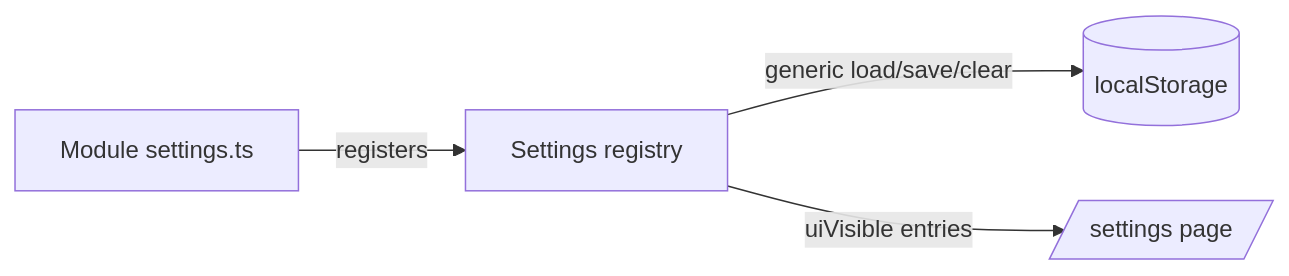
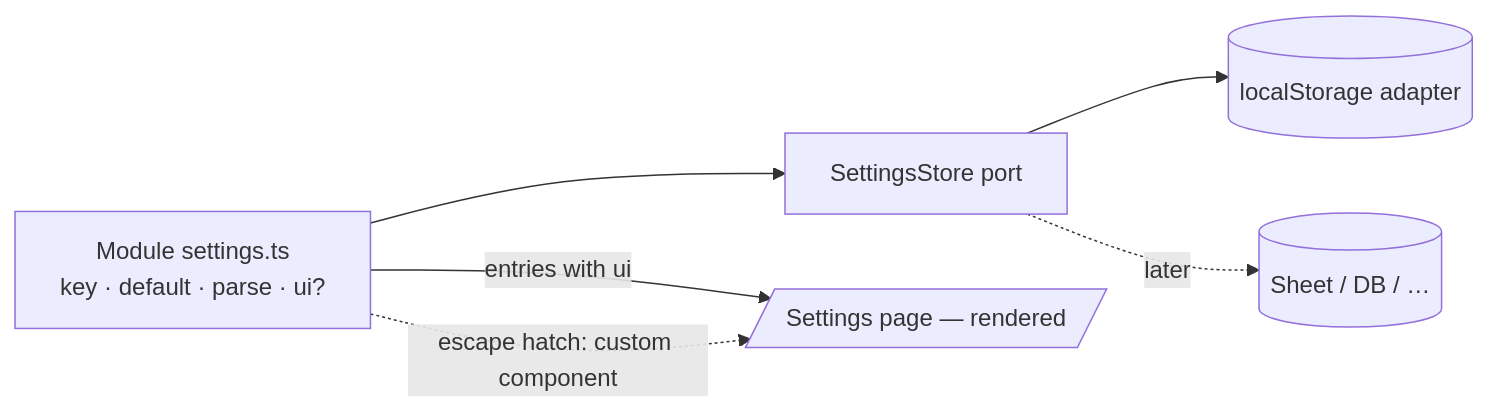
One commit to MaheeGamage/finnish-learner changed the diagram in .project/tasks/task-018_unified-settings-management.md. Above: the diagram before and after it, drawn with Mermaid. The commit also changed other lines of this file, not shown here.

````diff
--- a/.project/tasks/task-018_unified-settings-management.md
+++ b/.project/tasks/task-018_unified-settings-management.md
@@ -18,6 +27,8 @@
 ```mermaid
 flowchart LR
-  M[Module settings.ts] -- registers --> R[Settings registry]
-  R -- generic load/save/clear --> LS[(localStorage)]
-  R -- uiVisible entries --> UI[/settings page/]
+  M["Module settings.ts<br/>key · default · parse · ui?"] --> P[SettingsStore port]
+  P --> LS[(localStorage adapter)]
+  P -. later .-> ALT[(Sheet / DB / …)]
+  M -- "entries with ui" --> UI[/Settings page — rendered/]
+  M -. "escape hatch: custom component" .-> UI
 ```
````
